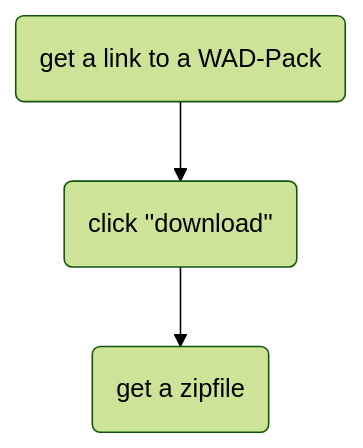
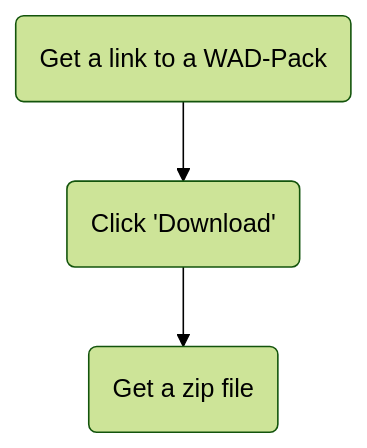
Before and after one commit to Lukas-Hoernle/WAD-Loader-3: the fifth of 7 diagrams in documentation/usecases.md, drawn with Mermaid (forest theme). The commit also changed other lines of this file, not shown here.

````diff
--- a/documentation/usecases.md
+++ b/documentation/usecases.md
@@ -99,5 +52,5 @@
 ```mermaid
 graph
-A(get a link to a WAD-Pack) --> B(click ''download'')
-    B --> C(get a zipfile)
+A(Get a link to a WAD-Pack) --> B(Click 'Download')
+B --> C(Get a zip file)
 ```
````
